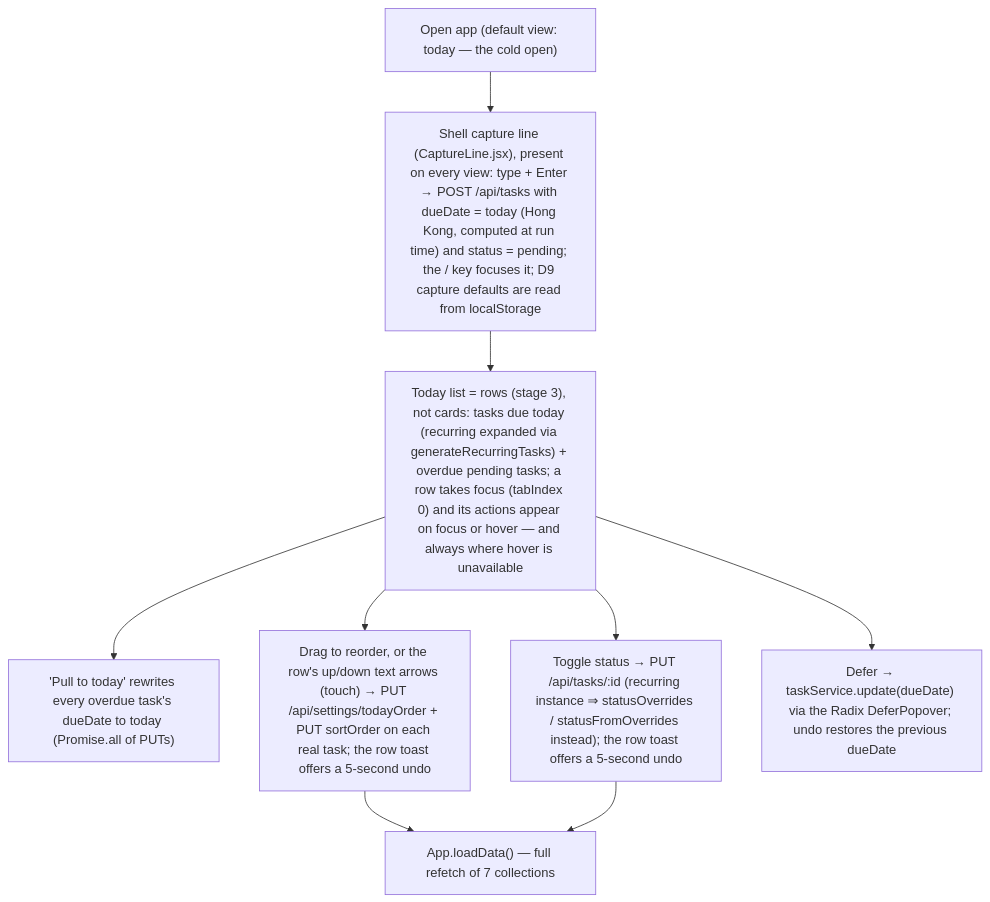
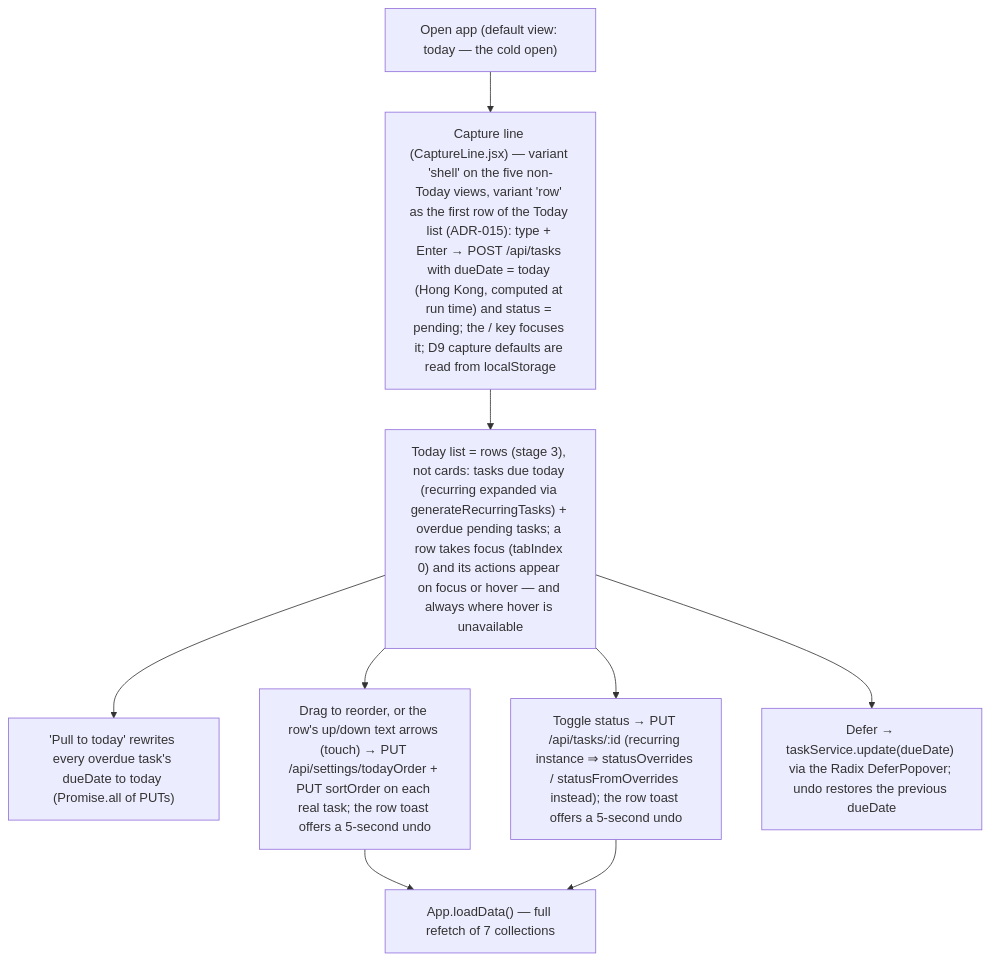
Before and after one commit to lung123w/dayframe: the third of 7 diagrams in .dev_context/ARCHITECTURE.md, drawn with Mermaid. The commit also changed other lines of this file and 2 other files, not shown here.

First line of the commit message:
docs(dev_context): ADR-015 — on Today the capture row is a list row, not shell chrome

````diff
--- a/.dev_context/ARCHITECTURE.md
+++ b/.dev_context/ARCHITECTURE.md
@@ -144,11 +146,11 @@
 ```mermaid
 flowchart TD
-    Start["Open app (default view: today — the cold open)"] --> Capture["Shell capture line (CaptureLine.jsx), present on every view: type + Enter → POST /api/tasks with dueDate = today (Hong Kong, computed at run time) and status = pending; the / key focuses it; D9 capture defaults are read from localStorage"]
+    Start["Open app (default view: today — the cold open)"] --> Capture["Capture line (CaptureLine.jsx) — variant 'shell' on the five non-Today views, variant 'row' as the first row of the Today list (ADR-015): type + Enter → POST /api/tasks with dueDate = today (Hong Kong, computed at run time) and status = pending; the / key focuses it; D9 capture defaults are read from localStorage"]
     Capture --> List["Today list = rows (stage 3), not cards: tasks due today (recurring expanded via generateRecurringTasks) + overdue pending tasks; a row takes focus (tabIndex 0) and its actions appear on focus or hover — and always where hover is unavailable"]
     List --> Pull["'Pull to today' rewrites every overdue task's dueDate to today (Promise.all of PUTs)"]
     List --> Order["Drag to reorder, or the row's up/down text arrows (touch) → PUT /api/settings/todayOrder + PUT sortOrder on each real task; the row toast offers a 5-second undo"]
     List --> Done["Toggle status → PUT /api/tasks/:id (recurring instance ⇒ statusOverrides / statusFromOverrides instead); the row toast offers a 5-second undo"]
     List --> DeferR["Defer → taskService.update(dueDate) via the Radix DeferPopover; undo restores the previous dueDate"]
     Order --> Reload["App.loadData() — full refetch of 7 collections"]
     Done --> Reload
 ```
````
